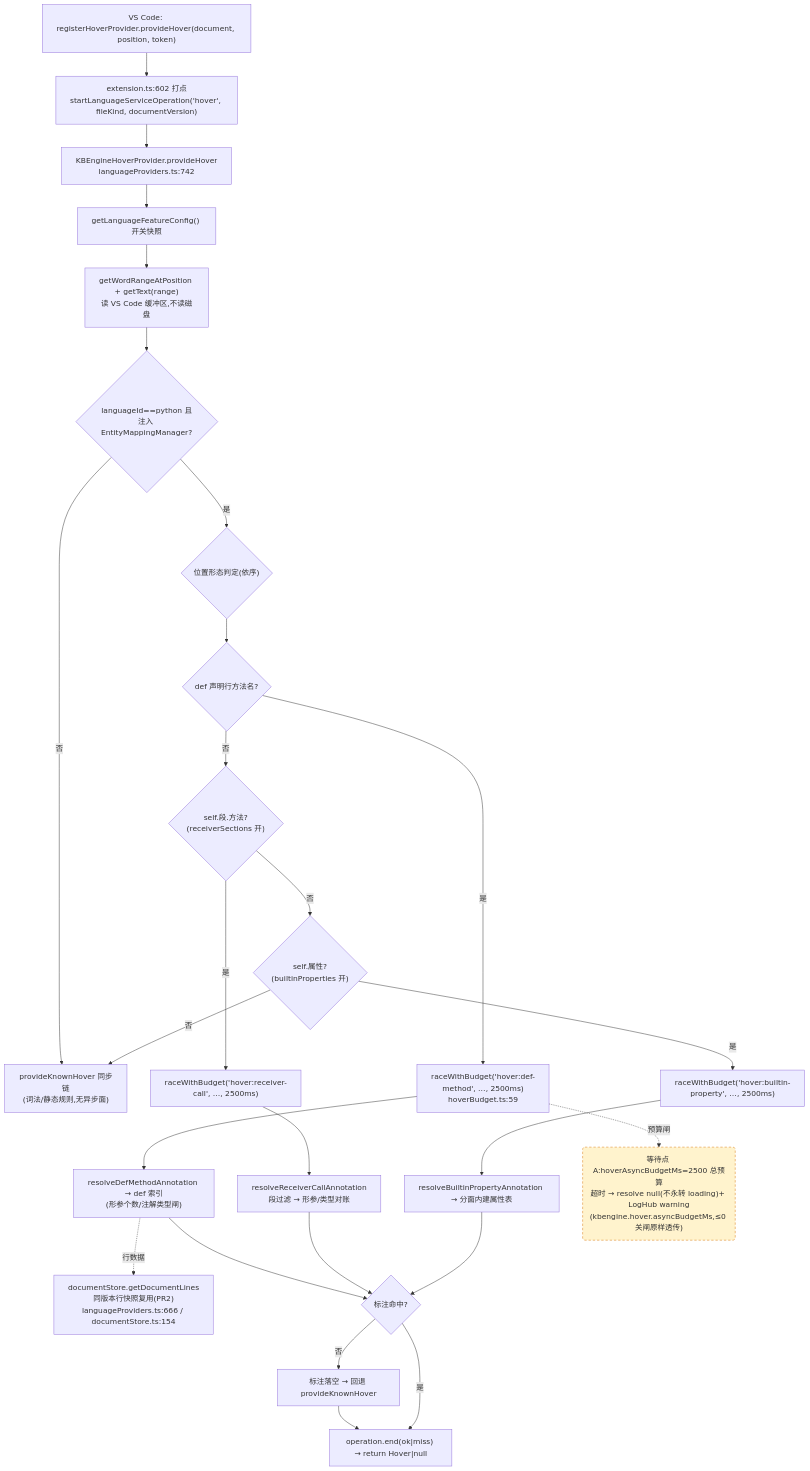
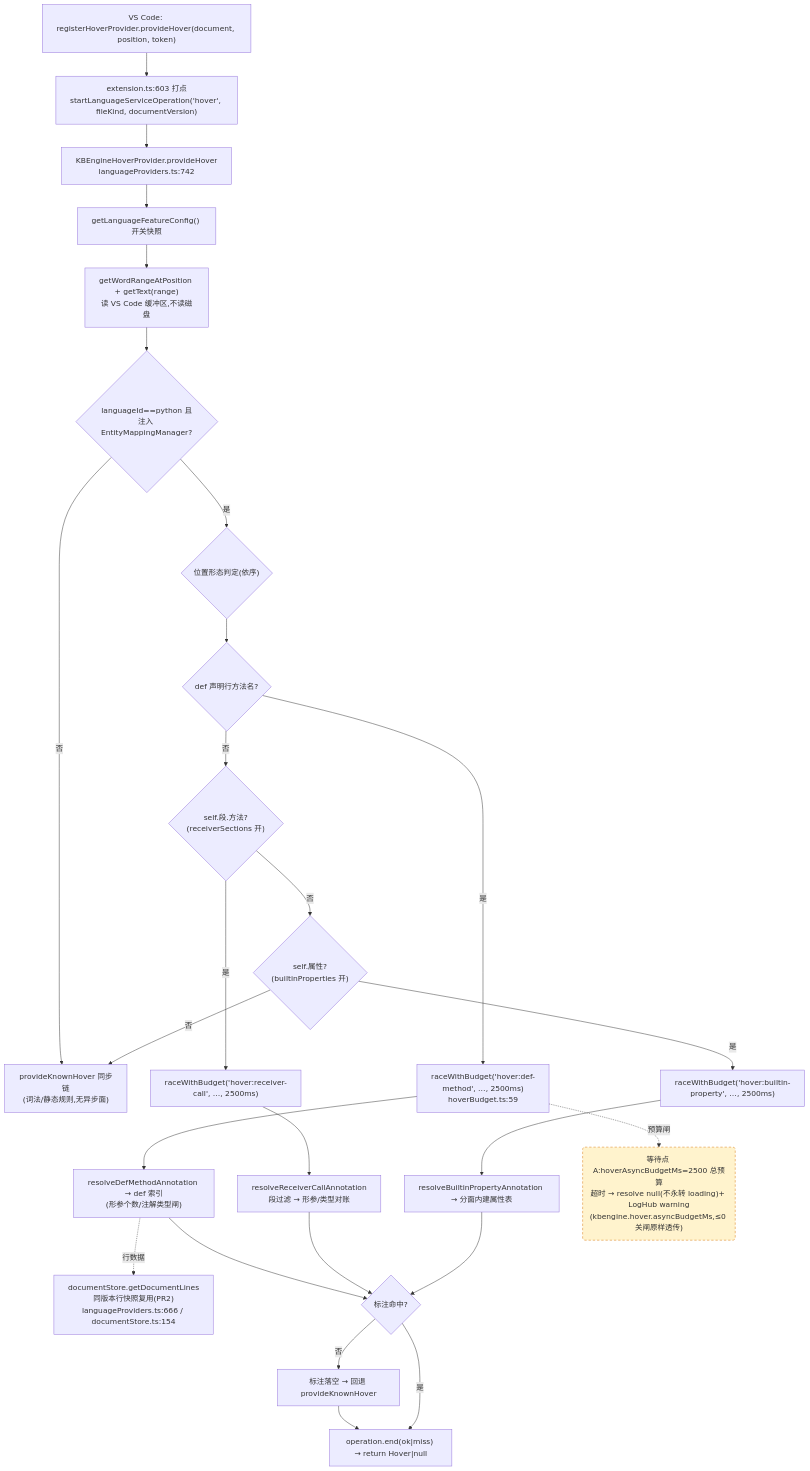
One commit to cuihairu/kode changed the first of 4 diagrams in docs/perf/2026-baseline.md. Above: the diagram before and after it, drawn with Mermaid. The commit also changed other lines of this file and 12 other files, not shown here.

````diff
--- a/docs/perf/2026-baseline.md
+++ b/docs/perf/2026-baseline.md
@@ -82,45 +82,45 @@
 ```mermaid
 flowchart TD
   VC1["VS Code: registerHoverProvider.provideHover(document, position, token)"]
-  M1["extension.ts:602 打点<br/>startLanguageServiceOperation('hover', fileKind, documentVersion)"]
+  M1["extension.ts:603 打点<br/>startLanguageServiceOperation('hover', fileKind, documentVersion)"]
   HP["KBEngineHoverProvider.provideHover<br/>languageProviders.ts:742"]
   CFG["getLanguageFeatureConfig() 开关快照"]
   WORD["getWordRangeAtPosition + getText(range)<br/>读 VS Code 缓冲区,不读磁盘"]
   BR{"languageId==python 且<br/>注入 EntityMappingManager?"}
   KN["provideKnownHover 同步链<br/>(词法/静态规则,无异步面)"]
   POS{"位置形态判定(依序)"}
   D1{"def 声明行方法名?"}
   D2{"self.段.方法?<br/>(receiverSections 开)"}
   D3{"self.属性?<br/>(builtinProperties 开)"}
   RA1["raceWithBudget('hover:def-method', …, 2500ms)<br/>hoverBudget.ts:59"]
   RA2["raceWithBudget('hover:receiver-call', …, 2500ms)"]
   RA3["raceWithBudget('hover:builtin-property', …, 2500ms)"]
   RS1["resolveDefMethodAnnotation → def 索引<br/>(形参个数/注解类型闸)"]
   RS2["resolveReceiverCallAnnotation<br/>段过滤 → 形参/类型对账"]
   RS3["resolveBuiltinPropertyAnnotation → 分面内建属性表"]
   LINES["documentStore.getDocumentLines<br/>同版本行快照复用(PR2)<br/>languageProviders.ts:666 / documentStore.ts:154"]
   MISS["标注落空 → 回退 provideKnownHover"]
   END1["operation.end(ok|miss) → return Hover|null"]
 
   VC1 --> M1 --> HP --> CFG --> WORD --> BR
   BR -- "否" --> KN
   BR -- "是" --> POS --> D1
   D1 -- "是" --> RA1 --> RS1
   D1 -- "否" --> D2
   D2 -- "是" --> RA2 --> RS2
   D2 -- "否" --> D3
   D3 -- "是" --> RA3 --> RS3
   D3 -- "否" --> KN
   RS1 --> HIT{"标注命中?"}
   RS2 --> HIT
   RS3 --> HIT
   RS1 -.->|行数据| LINES
   HIT -- "否" --> MISS --> END1
   HIT -- "是" --> END1
 
   WAITA("等待点 A:hoverAsyncBudgetMs=2500 总预算<br/>超时 → resolve null(不永转 loading)+ LogHub warning<br/>(kbengine.hover.asyncBudgetMs,≤0 关闸原样透传)")
   RA1 -.->|预算闸| WAITA
 
   classDef waitPoint fill:#fff3cd,stroke:#d97706,stroke-dasharray:5 4;
   class WAITA waitPoint;
 ```
````
